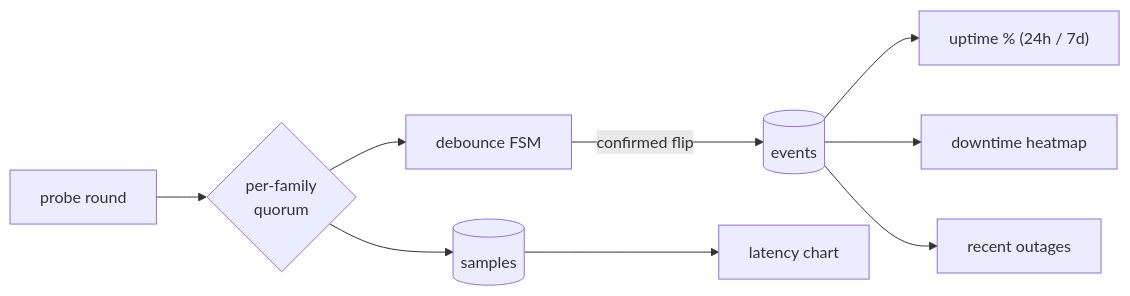
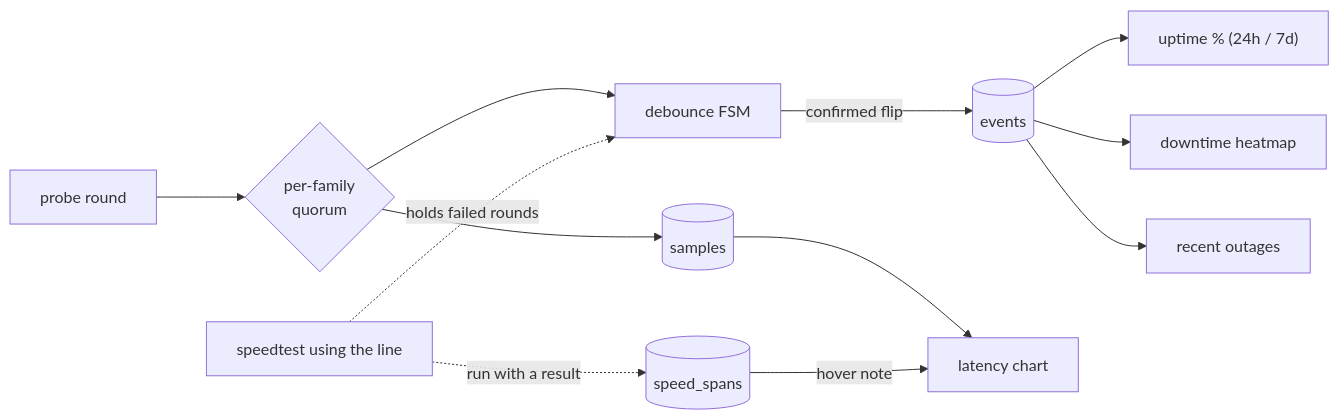
One commit to pingular/pingularity changed the third of 3 diagrams in README.md. Above: the diagram before and after it, drawn with Mermaid. The commit also changed other lines of this file and 21 other files, not shown here.

````diff
--- a/README.md
+++ b/README.md
@@ -604,11 +619,14 @@
 ```mermaid
 flowchart LR
   round["probe round"] --> quorum{"per-family<br/>quorum"}
   quorum --> samples[("samples")]
   quorum --> fsm["debounce FSM"]
   fsm -->|confirmed flip| events[("events")]
+  test["speedtest using the line"] -.->|holds failed rounds| fsm
+  test -.->|run with a result| spans[("speed_spans")]
   samples --> chart["latency chart"]
+  spans -->|hover note| chart
   events --> uptime["uptime % (24h / 7d)"]
   events --> heatmap["downtime heatmap"]
   events --> log["recent outages"]
 ```
````
